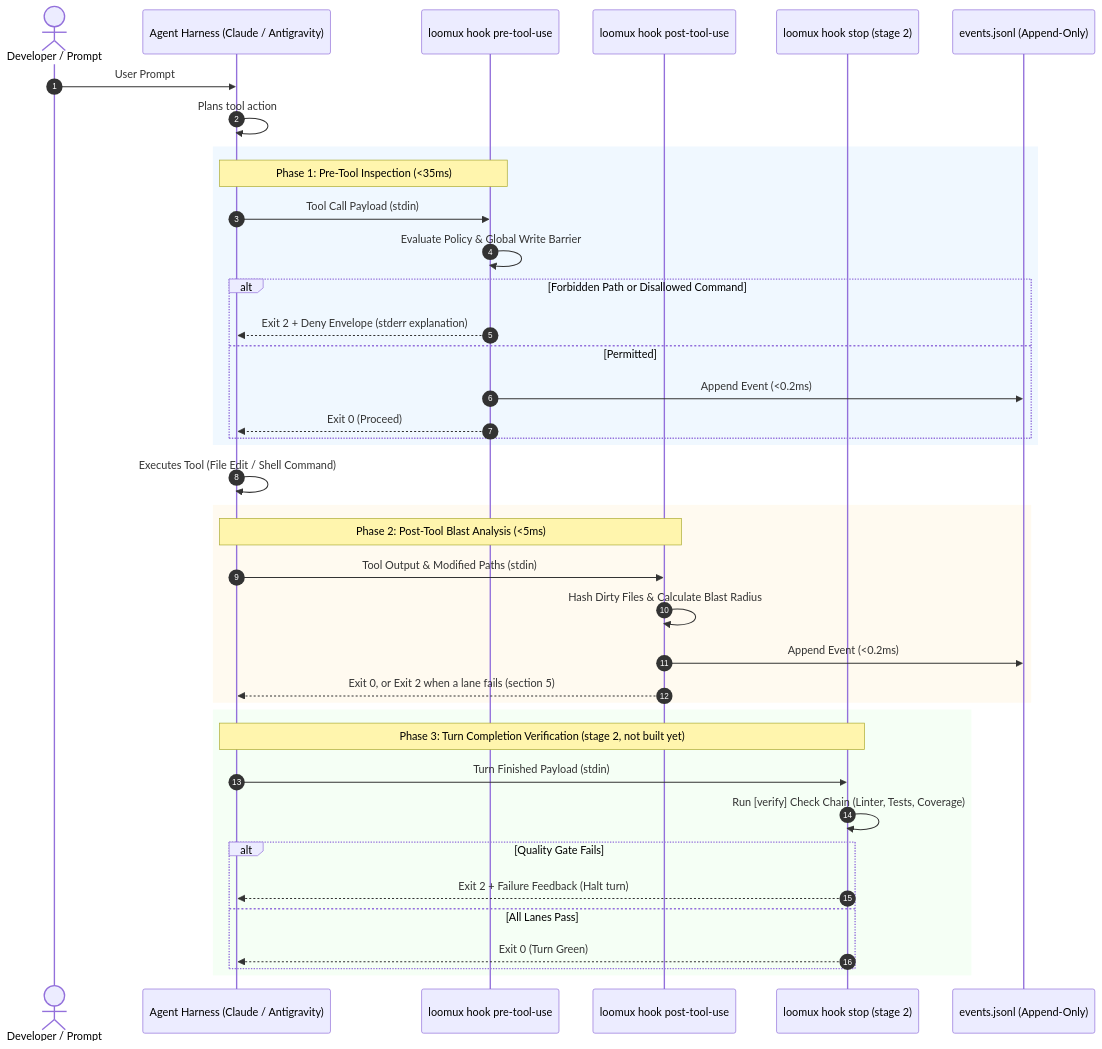
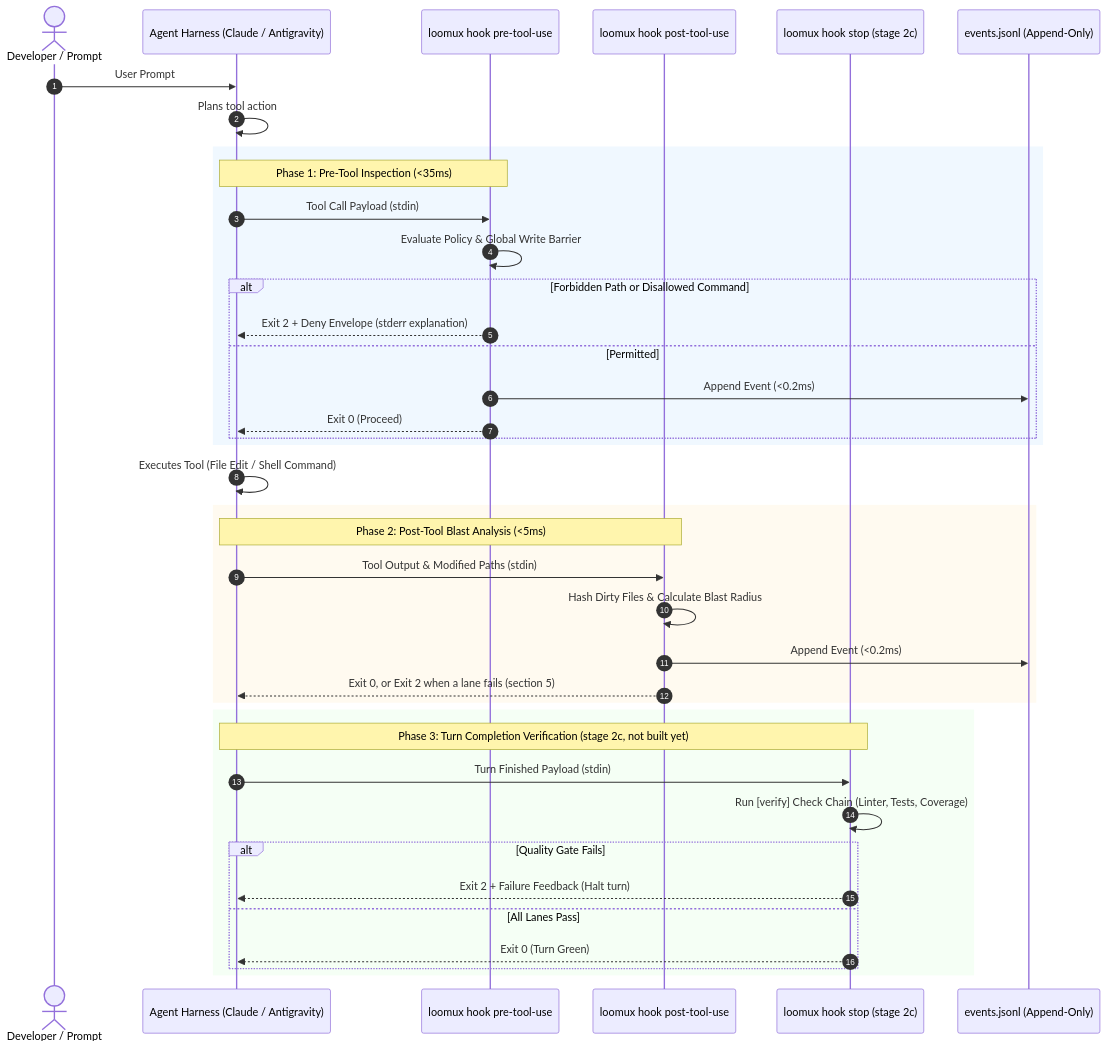
Before and after one commit to xidus90/loomux: the first of 3 diagrams in docs/en/hooks.md, drawn with Mermaid. The commit also changed other lines of this file and 10 other files, not shown here.

````diff
--- a/docs/en/hooks.md
+++ b/docs/en/hooks.md
@@ -11,46 +11,46 @@
 ```mermaid
 sequenceDiagram
     autonumber
     actor Dev as Developer / Prompt
     participant Host as Agent Harness (Claude / Antigravity)
     participant Pre as loomux hook pre-tool-use
     participant Post as loomux hook post-tool-use
-    participant Stop as loomux hook stop (stage 2)
+    participant Stop as loomux hook stop (stage 2c)
     participant Journal as events.jsonl (Append-Only)
 
     Dev->>Host: User Prompt
     Host->>Host: Plans tool action
 
     rect rgb(240, 248, 255)
     Note over Host,Pre: Phase 1: Pre-Tool Inspection (<35ms)
     Host->>Pre: Tool Call Payload (stdin)
     Pre->>Pre: Evaluate Policy & Global Write Barrier
     alt Forbidden Path or Disallowed Command
         Pre-->>Host: Exit 2 + Deny Envelope (stderr explanation)
     else Permitted
         Pre->>Journal: Append Event (<0.2ms)
         Pre-->>Host: Exit 0 (Proceed)
     end
     end
 
     Host->>Host: Executes Tool (File Edit / Shell Command)
 
     rect rgb(255, 250, 240)
     Note over Host,Post: Phase 2: Post-Tool Blast Analysis (<5ms)
     Host->>Post: Tool Output & Modified Paths (stdin)
     Post->>Post: Hash Dirty Files & Calculate Blast Radius
     Post->>Journal: Append Event (<0.2ms)
     Post-->>Host: Exit 0, or Exit 2 when a lane fails (section 5)
     end
 
     rect rgb(245, 255, 245)
-    Note over Host,Stop: Phase 3: Turn Completion Verification (stage 2, not built yet)
+    Note over Host,Stop: Phase 3: Turn Completion Verification (stage 2c, not built yet)
     Host->>Stop: Turn Finished Payload (stdin)
     Stop->>Stop: Run [verify] Check Chain (Linter, Tests, Coverage)
     alt Quality Gate Fails
         Stop-->>Host: Exit 2 + Failure Feedback (Halt turn)
     else All Lanes Pass
         Stop-->>Host: Exit 0 (Turn Green)
     end
     end
 ```
````
